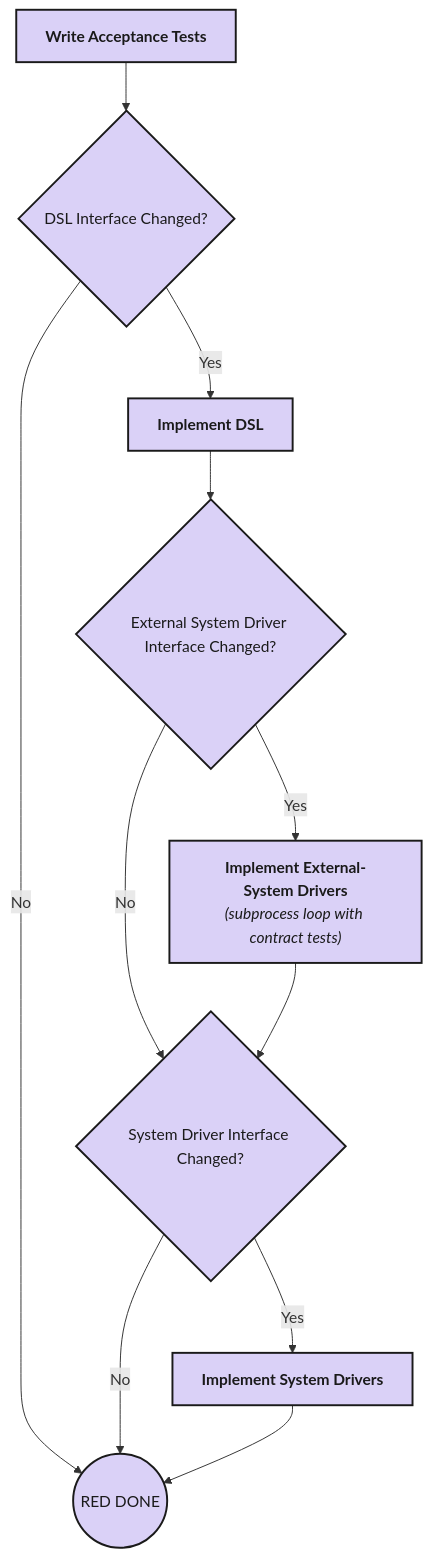
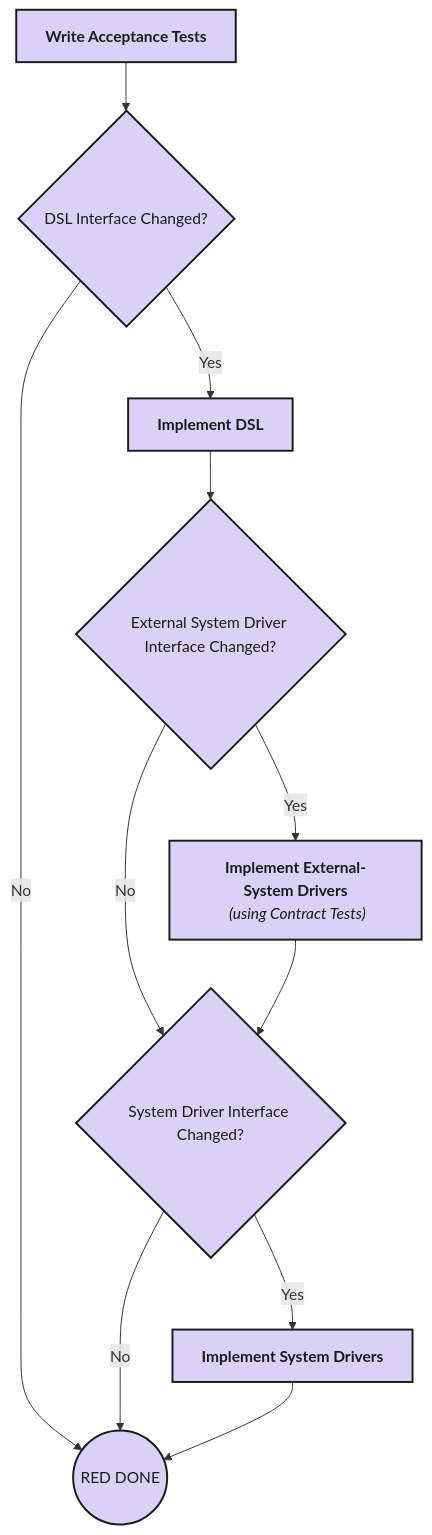
Before and after one commit to optivem/gh-optivem: the first of 3 diagrams in README.md, drawn with Mermaid. The commit also changed other lines of this file, not shown here.

````diff
--- a/README.md
+++ b/README.md
@@ -72,25 +72,25 @@
 ```mermaid
 flowchart TD
     A["<b>Write Acceptance Tests</b>"]
     B{"DSL Interface Changed?"}
     C["<b>Implement DSL</b>"]
     D{"External System Driver Interface Changed?"}
-    E["<b>Implement External-System Drivers</b><br/><i>(subprocess loop with contract tests)</i>"]
+    E["<b>Implement External-System Drivers</b><br/><i> (using Contract Tests)</i>"]
     F{"System Driver Interface Changed?"}
     G["<b>Implement System Drivers</b>"]
     Z(("RED DONE"))
 
     A --> B
     B -->|Yes| C
     B -->|No| Z
     C --> D
     D -->|Yes| E
     D -->|No| F
     E --> F
     F -->|Yes| G
     F -->|No| Z
     G --> Z
 
     classDef step fill:#DAD1F7,stroke:#1a1a1a,stroke-width:2px,color:#1a1a1a
     class A,B,C,D,E,F,G,Z step
 ```
````
